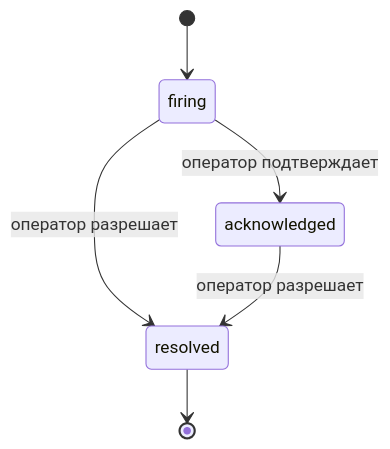
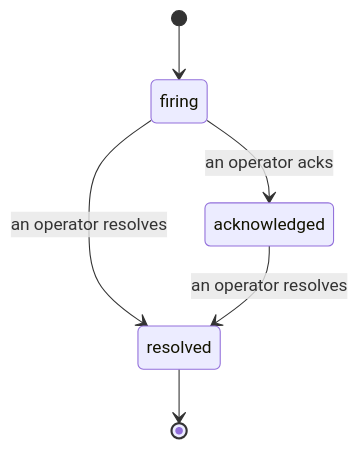
The diagram in docs/ru/agenteye/incidents.mdx (FailproofAI/failproofai), drawn with Mermaid before and after one commit. The commit also changed other lines of this file and 649 other files, not shown here.

````diff
--- a/docs/ru/agenteye/incidents.mdx
+++ b/docs/ru/agenteye/incidents.mdx
@@ -26,8 +27,8 @@
 ```mermaid
 stateDiagram-v2
     [*] --> firing
-    firing --> acknowledged: оператор подтверждает
-    firing --> resolved: оператор разрешает
-    acknowledged --> resolved: оператор разрешает
+    firing --> acknowledged: an operator acks
+    firing --> resolved: an operator resolves
+    acknowledged --> resolved: an operator resolves
     resolved --> [*]
 ```
````
